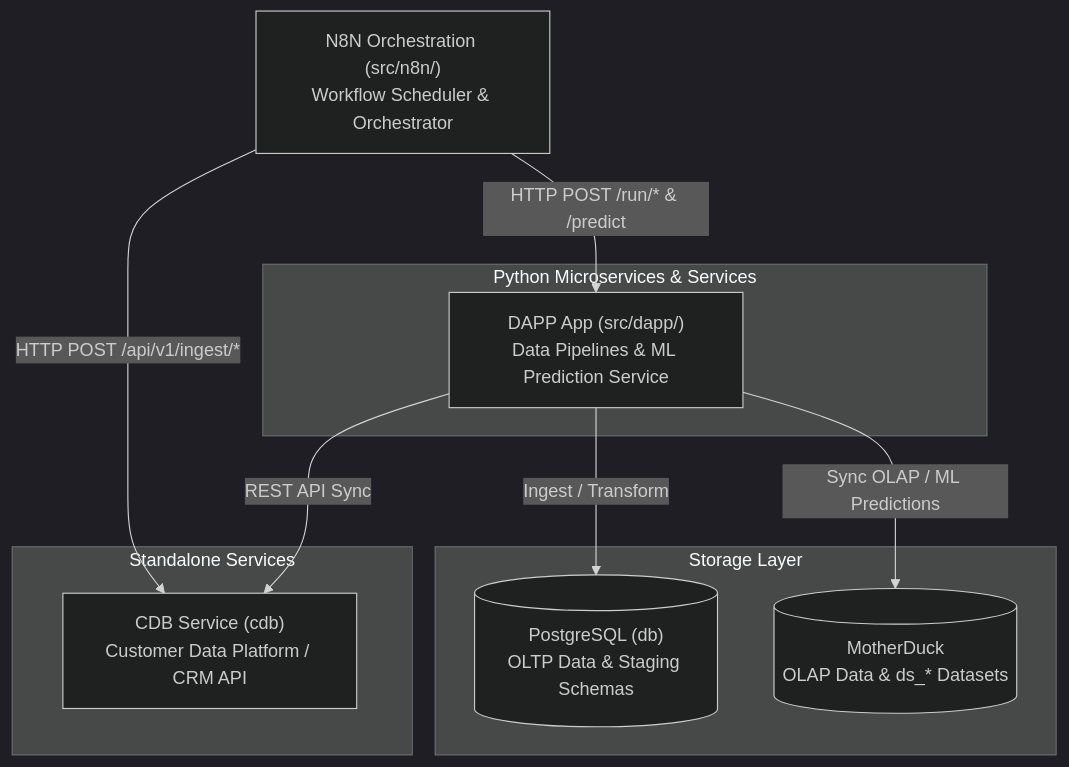
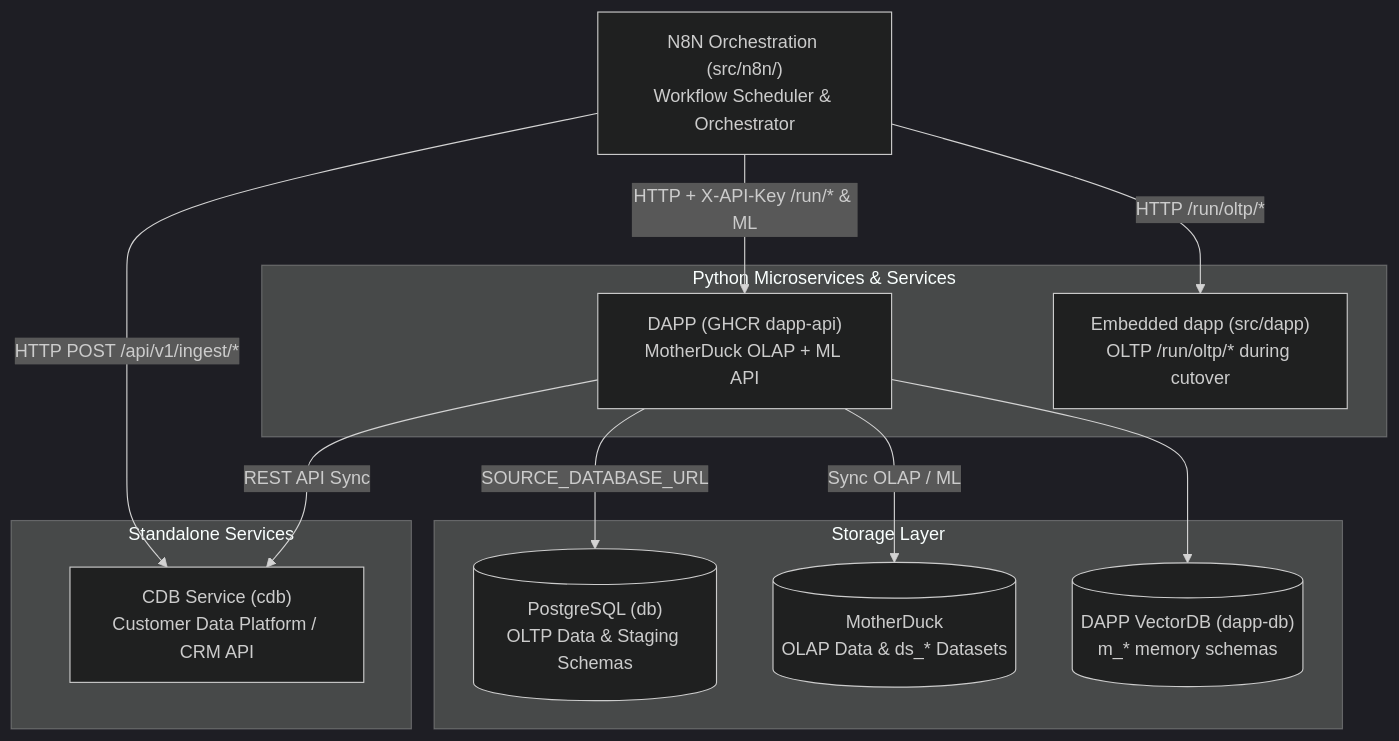
Before and after one commit to Data-Biz-AI-Consultancy/Jager: the diagram in README.md, drawn with Mermaid (dark theme). The commit also changed other lines of this file and 19 other files, not shown here.

````diff
--- a/README.md
+++ b/README.md
@@ -56,24 +66,28 @@
 ```mermaid
 flowchart TD
     N8N["N8N Orchestration (src/n8n/)<br/>Workflow Scheduler & Orchestrator"]
     
     subgraph DecoupledServices["Standalone Services"]
         CDB["CDB Service (cdb)<br/>Customer Data Platform / CRM API"]
     end
 
     subgraph DataServices["Python Microservices & Services"]
-        DAPP["DAPP App (src/dapp/)<br/>Data Pipelines & ML Prediction Service"]
+        DAPPAPI["DAPP (GHCR dapp-api)<br/>MotherDuck OLAP + ML API"]
+        DAPPlegacy["Embedded dapp (src/dapp)<br/>OLTP /run/oltp/* during cutover"]
     end
     
     subgraph Storage["Storage Layer"]
         PG[("PostgreSQL (db)<br/>OLTP Data & Staging Schemas")]
         MD[("MotherDuck<br/>OLAP Data & ds_* Datasets")]
+        VDB[("DAPP VectorDB (dapp-db)<br/>m_* memory schemas")]
     end
     
     N8N -->|"HTTP POST /api/v1/ingest/*"| CDB
-    N8N -->|"HTTP POST /run/* & /predict"| DAPP
+    N8N -->|"HTTP + X-API-Key /run/* & ML"| DAPPAPI
+    N8N -->|"HTTP /run/oltp/*"| DAPPlegacy
     
-    DAPP -->|"REST API Sync"| CDB
-    DAPP -->|"Ingest / Transform"| PG
-    DAPP -->|"Sync OLAP / ML Predictions"| MD
+    DAPPAPI -->|"REST API Sync"| CDB
+    DAPPAPI -->|"SOURCE_DATABASE_URL"| PG
+    DAPPAPI -->|"Sync OLAP / ML"| MD
+    DAPPAPI --> VDB
 ```
````
